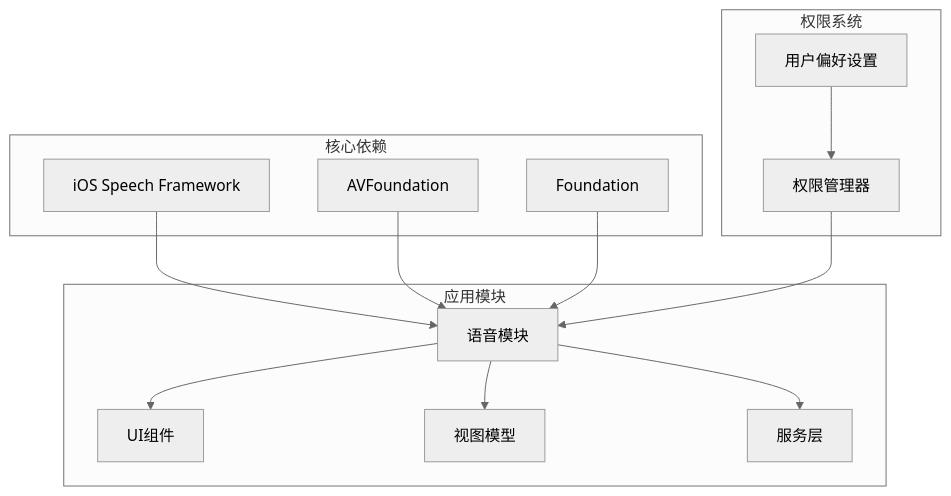
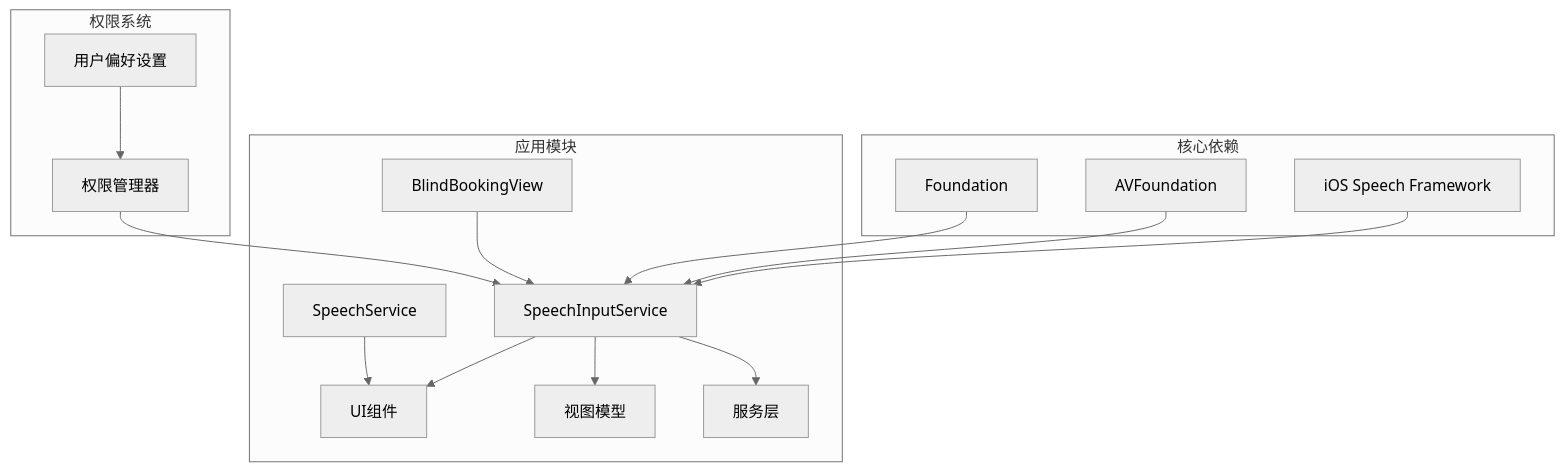
The seventh of 7 diagrams in .qoder/repowiki/zh/content/开发指南/编码规范与最佳实践/无障碍开发规范/语音输入集成.md (Jayden23018/blind-run-ios), drawn with Mermaid (neutral theme) before and after one commit. The commit also changed other lines of this file and 14 other files, not shown here.

Commit message:
Improve blind runner booking map and speech input flows

````diff
--- a/.qoder/repowiki/zh/content/开发指南/编码规范与最佳实践/无障碍开发规范/语音输入集成.md
+++ b/.qoder/repowiki/zh/content/开发指南/编码规范与最佳实践/无障碍开发规范/语音输入集成.md
@@ -283,26 +302,30 @@
 ```mermaid
 graph TB
 subgraph "核心依赖"
 SpeechFramework[iOS Speech Framework]
 AVFoundation[AVFoundation]
 Foundation[Foundation]
 end
 subgraph "应用模块"
-VoiceModule[语音模块]
+SpeechInputService[SpeechInputService]
+SpeechService[SpeechService]
 UIComponents[UI组件]
 ViewModel[视图模型]
 Services[服务层]
+BlindBookingView[BlindBookingView]
 end
 subgraph "权限系统"
 PermissionManager[权限管理器]
 UserPreferences[用户偏好设置]
 end
-SpeechFramework --> VoiceModule
-AVFoundation --> VoiceModule
-Foundation --> VoiceModule
-VoiceModule --> UIComponents
-VoiceModule --> ViewModel
-VoiceModule --> Services
-PermissionManager --> VoiceModule
+SpeechFramework --> SpeechInputService
+AVFoundation --> SpeechInputService
+Foundation --> SpeechInputService
+SpeechInputService --> UIComponents
+SpeechInputService --> ViewModel
+SpeechInputService --> Services
+SpeechService --> UIComponents
+BlindBookingView --> SpeechInputService
+PermissionManager --> SpeechInputService
 UserPreferences --> PermissionManager
 ```
````
